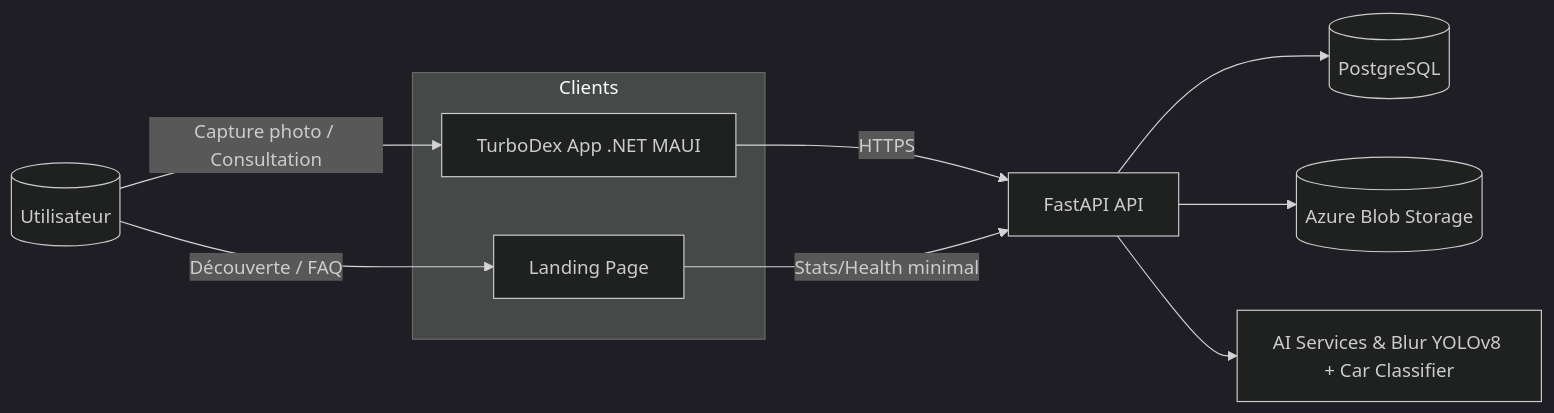
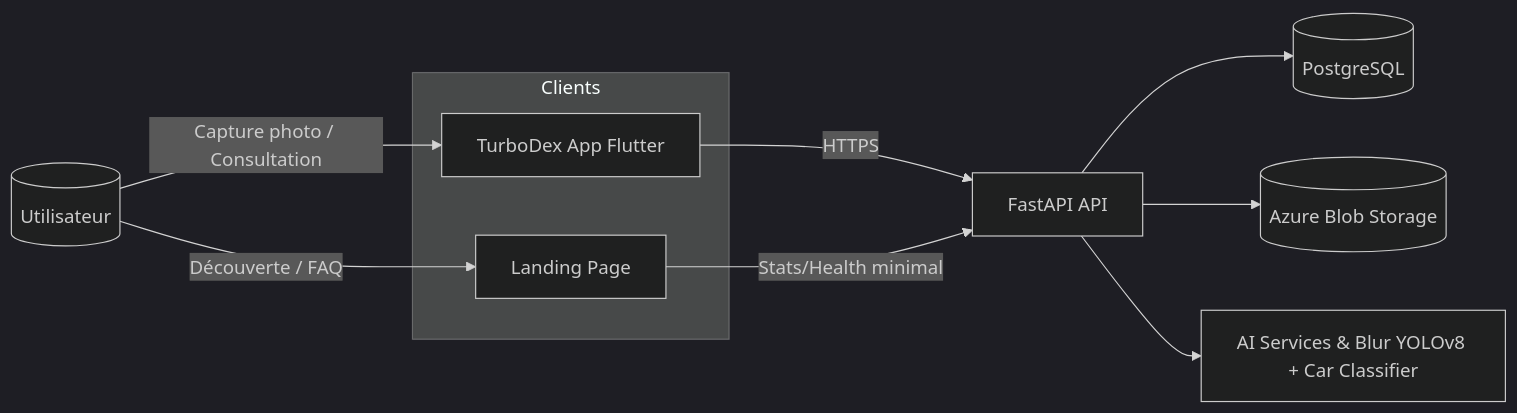
Before and after one commit to Dansnts/TurboDex: the diagram in week1/architecture/architecture.md, drawn with Mermaid (dark theme).

Commit message:
Docs : update schema

````diff
--- a/week1/architecture/architecture.md
+++ b/week1/architecture/architecture.md
@@ -1,22 +1,22 @@
 ```mermaid
 flowchart LR
   user[(Utilisateur)]
 
   subgraph Clients
-    MAUI["TurboDex App .NET MAUI"]
+    MAUI["TurboDex App Flutter"]
     LP["Landing Page"]
   end
 
   API[FastAPI API]
   AI["AI Services & Blur YOLOv8 + Car Classifier"]
   DB[(PostgreSQL)]
   BLOB[(Azure Blob Storage)]
 
   user -->|Capture photo / Consultation| MAUI
   user -->|Découverte / FAQ| LP
   MAUI -->|HTTPS| API
   LP -->|Stats/Health minimal| API
   API --> DB
   API --> BLOB
   API --> AI
 ```
````
